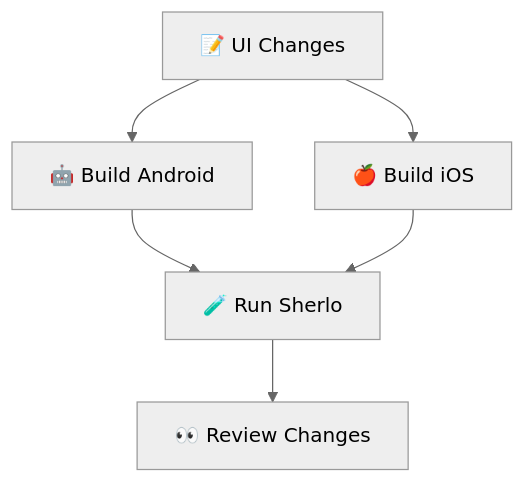
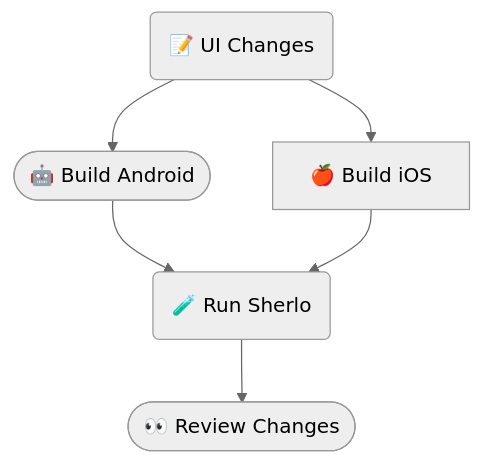
One commit to sherlo-io/sherlo changed the first of 5 diagrams in examples/standard/README.md. Above: the diagram before and after it, drawn with Mermaid (neutral theme). The commit also changed other lines of this file, not shown here.

````diff
--- a/examples/standard/README.md
+++ b/examples/standard/README.md
@@ -9,14 +9,14 @@
 ```mermaid
 flowchart TD
-    UI["📝 UI Changes"]
-    Android["🤖 Build Android"]
-    iOS["🍎 Build iOS"]
-    Sherlo["🧪 Run Sherlo"]
-    Review["👀 Review Changes"]
+    UI(📝 UI Changes)
+    Android([🤖 Build Android])
+    iOS[🍎 Build iOS]
+    Sherlo(🧪 Run Sherlo)
+    Review([👀 Review Changes])
 
     UI --> Android
     UI --> iOS
     Android --> Sherlo
     iOS --> Sherlo
     Sherlo --> Review
 ```
````
